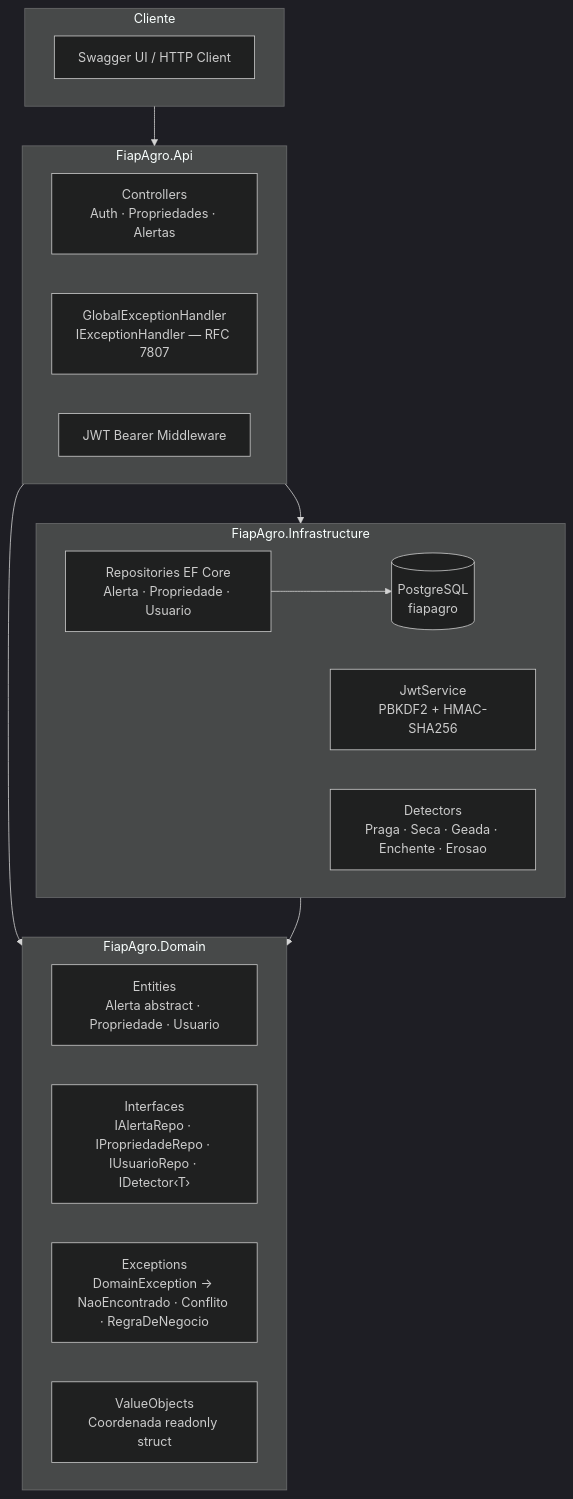
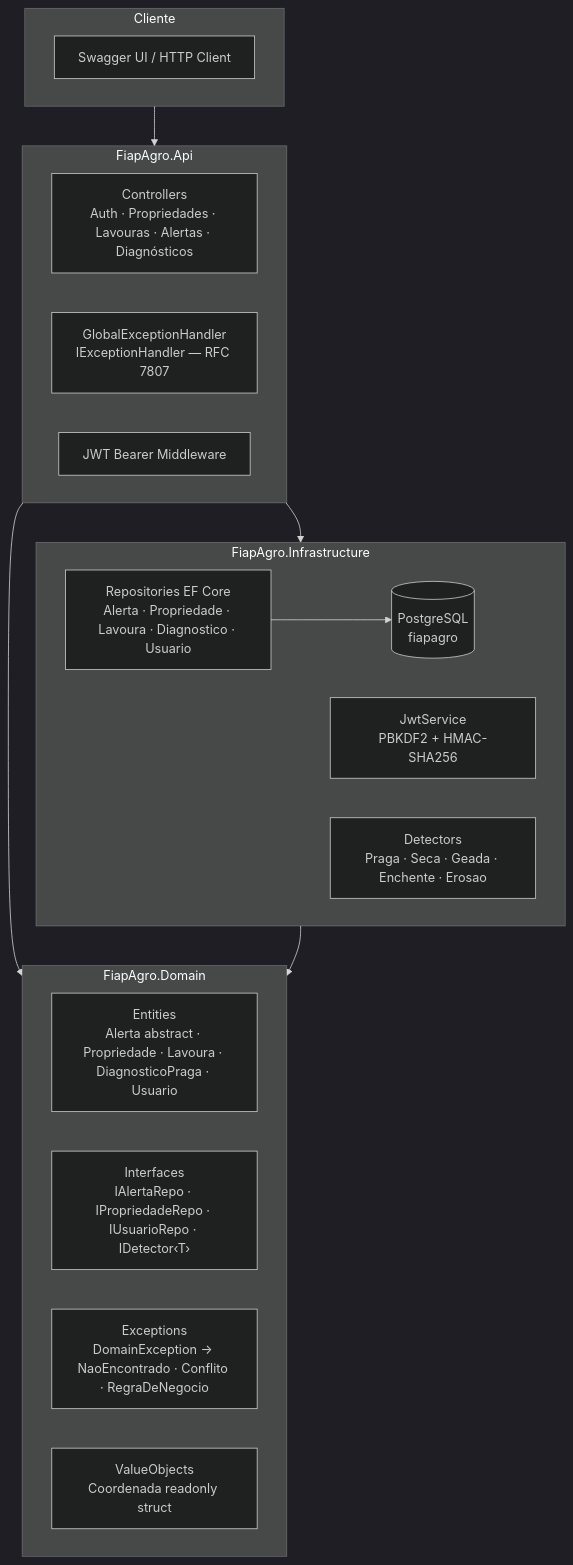
The first of 5 diagrams in README.md (GS-SPACE-CONNECT/2f-agro-backend), drawn with Mermaid (dark theme) before and after one commit. The commit also changed other lines of this file and 9 other files, not shown here.

````diff
--- a/README.md
+++ b/README.md
@@ -60,32 +60,32 @@
 ```mermaid
 graph TB
     subgraph CLI["Cliente"]
         SW["Swagger UI / HTTP Client"]
     end
 
     subgraph API["FiapAgro.Api"]
-        CTRL["Controllers\nAuth · Propriedades · Alertas"]
+        CTRL["Controllers\nAuth · Propriedades · Lavouras · Alertas · Diagnósticos"]
         MW["GlobalExceptionHandler\nIExceptionHandler — RFC 7807"]
         JWTMW["JWT Bearer Middleware"]
     end
 
     subgraph DOM["FiapAgro.Domain"]
-        ENT["Entities\nAlerta abstract · Propriedade · Usuario"]
+        ENT["Entities\nAlerta abstract · Propriedade · Lavoura · DiagnosticoPraga · Usuario"]
         IFACE["Interfaces\nIAlertaRepo · IPropriedadeRepo · IUsuarioRepo · IDetector‹T›"]
         EXC["Exceptions\nDomainException → NaoEncontrado · Conflito · RegraDeNegocio"]
         VO["ValueObjects\nCoordenada readonly struct"]
     end
 
     subgraph INF["FiapAgro.Infrastructure"]
-        REPO["Repositories EF Core\nAlerta · Propriedade · Usuario"]
+        REPO["Repositories EF Core\nAlerta · Propriedade · Lavoura · Diagnostico · Usuario"]
         JWTSS["JwtService\nPBKDF2 + HMAC-SHA256"]
         DET["Detectors\nPraga · Seca · Geada · Enchente · Erosao"]
         DB[("PostgreSQL\nfiapagro")]
     end
 
     CLI --> API
     API --> DOM
     API --> INF
     INF --> DOM
     REPO --> DB
 ```
````
